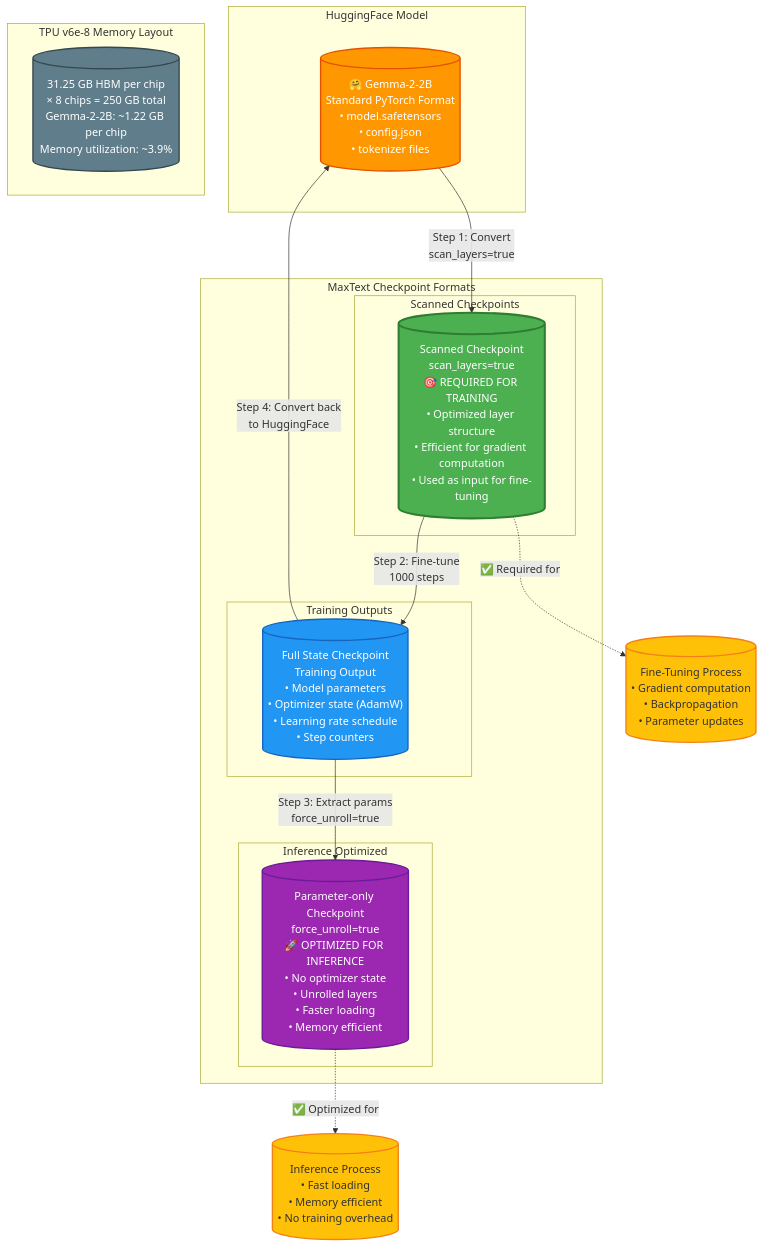
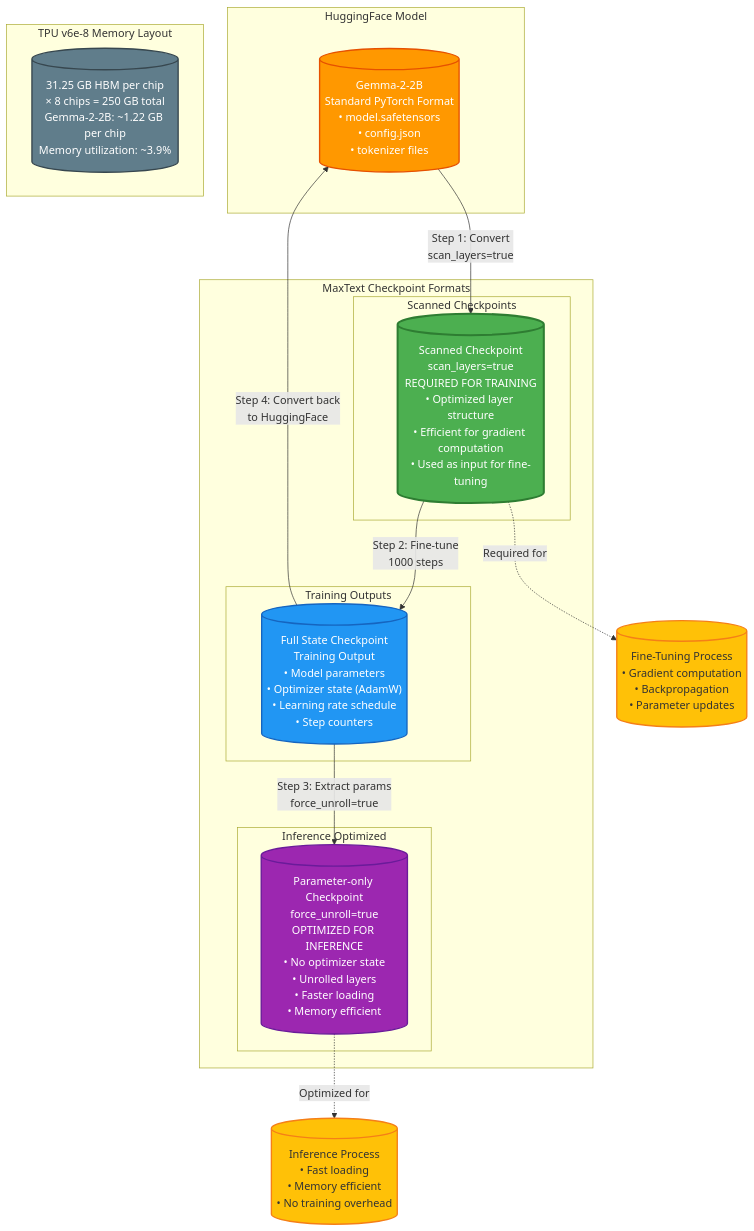
The third of 3 diagrams in README.md (merve555/maxtext-tpu-training-demo), drawn with Mermaid before and after one commit. The commit also changed other lines of this file, not shown here.

````diff
--- a/README.md
+++ b/README.md
@@ -94,46 +94,46 @@
 ```mermaid
 graph TB
     subgraph "HuggingFace Model"
-        HF_MODEL[("🤗 Gemma-2-2B<br/>Standard PyTorch Format<br/>• model.safetensors<br/>• config.json<br/>• tokenizer files")]
+        HF_MODEL[("Gemma-2-2B<br/>Standard PyTorch Format<br/>• model.safetensors<br/>• config.json<br/>• tokenizer files")]
     end
     
     subgraph "MaxText Checkpoint Formats"
         subgraph "Scanned Checkpoints"
-            SCANNED[("Scanned Checkpoint<br/>scan_layers=true<br/>🎯 REQUIRED FOR TRAINING<br/>• Optimized layer structure<br/>• Efficient for gradient computation<br/>• Used as input for fine-tuning")]
+            SCANNED[("Scanned Checkpoint<br/>scan_layers=true<br/>REQUIRED FOR TRAINING<br/>• Optimized layer structure<br/>• Efficient for gradient computation<br/>• Used as input for fine-tuning")]
         end
         
         subgraph "Training Outputs"
             FULL_STATE[("Full State Checkpoint<br/>Training Output<br/>• Model parameters<br/>• Optimizer state (AdamW)<br/>• Learning rate schedule<br/>• Step counters")]
         end
         
         subgraph "Inference Optimized"
-            UNSCANNED[("Parameter-only Checkpoint<br/>force_unroll=true<br/>🚀 OPTIMIZED FOR INFERENCE<br/>• No optimizer state<br/>• Unrolled layers<br/>• Faster loading<br/>• Memory efficient")]
+            UNSCANNED[("Parameter-only Checkpoint<br/>force_unroll=true<br/>OPTIMIZED FOR INFERENCE<br/>• No optimizer state<br/>• Unrolled layers<br/>• Faster loading<br/>• Memory efficient")]
         end
     end
     
     subgraph "TPU v6e-8 Memory Layout"
         TPU_MEM[("31.25 GB HBM per chip<br/>× 8 chips = 250 GB total<br/>Gemma-2-2B: ~1.22 GB per chip<br/>Memory utilization: ~3.9%")]
     end
     
     HF_MODEL -->|"Step 1: Convert<br/>scan_layers=true"| SCANNED
     SCANNED -->|"Step 2: Fine-tune<br/>1000 steps"| FULL_STATE
     FULL_STATE -->|"Step 3: Extract params<br/>force_unroll=true"| UNSCANNED
     FULL_STATE -->|"Step 4: Convert back<br/>to HuggingFace"| HF_MODEL
     
-    SCANNED -.->|"✅ Required for"| TRAINING[("Fine-Tuning Process<br/>• Gradient computation<br/>• Backpropagation<br/>• Parameter updates")]
-    UNSCANNED -.->|"✅ Optimized for"| INFERENCE[("Inference Process<br/>• Fast loading<br/>• Memory efficient<br/>• No training overhead")]
+    SCANNED -.->|"Required for"| TRAINING[("Fine-Tuning Process<br/>• Gradient computation<br/>• Backpropagation<br/>• Parameter updates")]
+    UNSCANNED -.->|"Optimized for"| INFERENCE[("Inference Process<br/>• Fast loading<br/>• Memory efficient<br/>• No training overhead")]
     
     classDef hf fill:#ff9800,stroke:#e65100,stroke-width:2px,color:#fff
     classDef scanned fill:#4caf50,stroke:#2e7d32,stroke-width:3px,color:#fff
     classDef fullstate fill:#2196f3,stroke:#1565c0,stroke-width:2px,color:#fff
     classDef unscanned fill:#9c27b0,stroke:#6a1b9a,stroke-width:2px,color:#fff
     classDef memory fill:#607d8b,stroke:#37474f,stroke-width:2px,color:#fff
     classDef process fill:#ffc107,stroke:#f57f17,stroke-width:2px
     
     class HF_MODEL hf
     class SCANNED scanned
     class FULL_STATE fullstate
     class UNSCANNED unscanned
     class TPU_MEM memory
     class TRAINING,INFERENCE process
 ```
````
